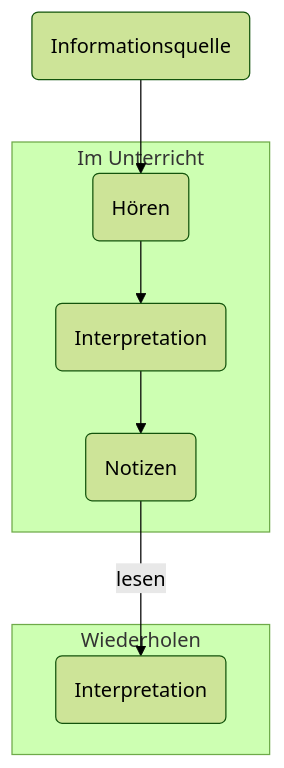
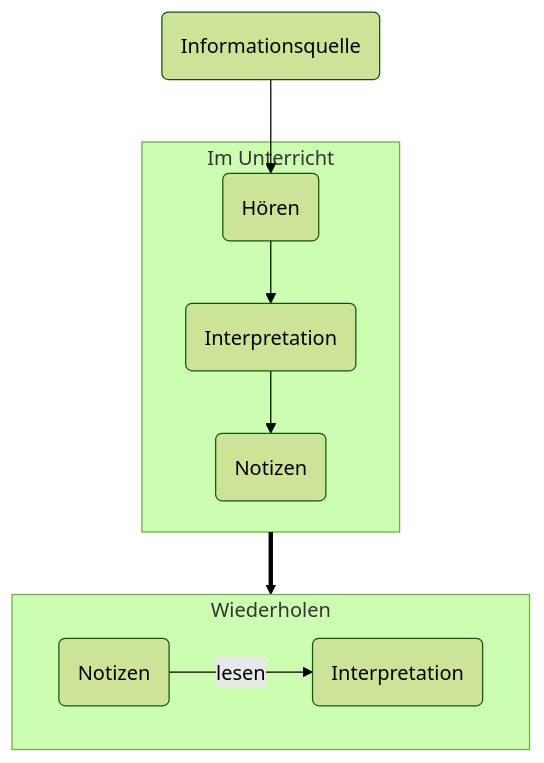
One commit to julianstoerig/zettelkasten changed the diagram in 📝 - Arbeitsplatz/Aufschlüsselung der Effekte von Notizen.md. Above: the diagram before and after it, drawn with Mermaid (forest theme). The commit also changed 1 other file, not shown here.

Commit message:
automatic version-control: 2021-01-15 18:34:18

````diff
--- a/📝 - Arbeitsplatz/Aufschlüsselung der Effekte von Notizen.md
+++ b/📝 - Arbeitsplatz/Aufschlüsselung der Effekte von Notizen.md
@@ -1,19 +1,22 @@
 ```mermaid
 flowchart TB
 
 Iq(Informationsquelle)
 N(Notizen)
 H(Hören)
 I(Interpretation)
 I2(Interpretation)
+N2(Notizen)
 Iq --> H
 
 subgraph Ps[Im Unterricht]
 	H --> I
 	I --> N
 end
 
 subgraph Pt[Wiederholen]
-	N -->|lesen| I2
+	N2 -->|lesen| I2
 end
+
+Ps ==> Pt
 ```
````
